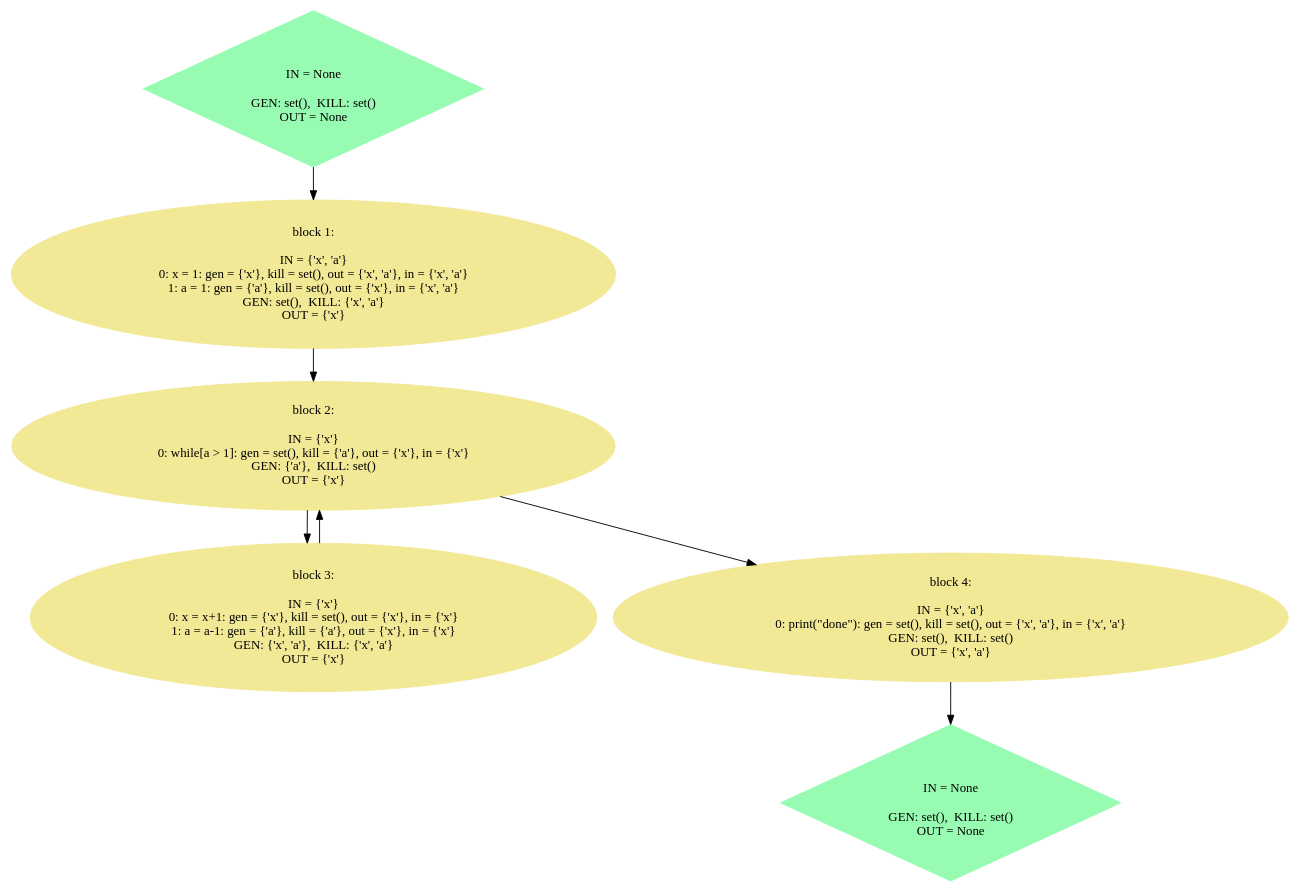
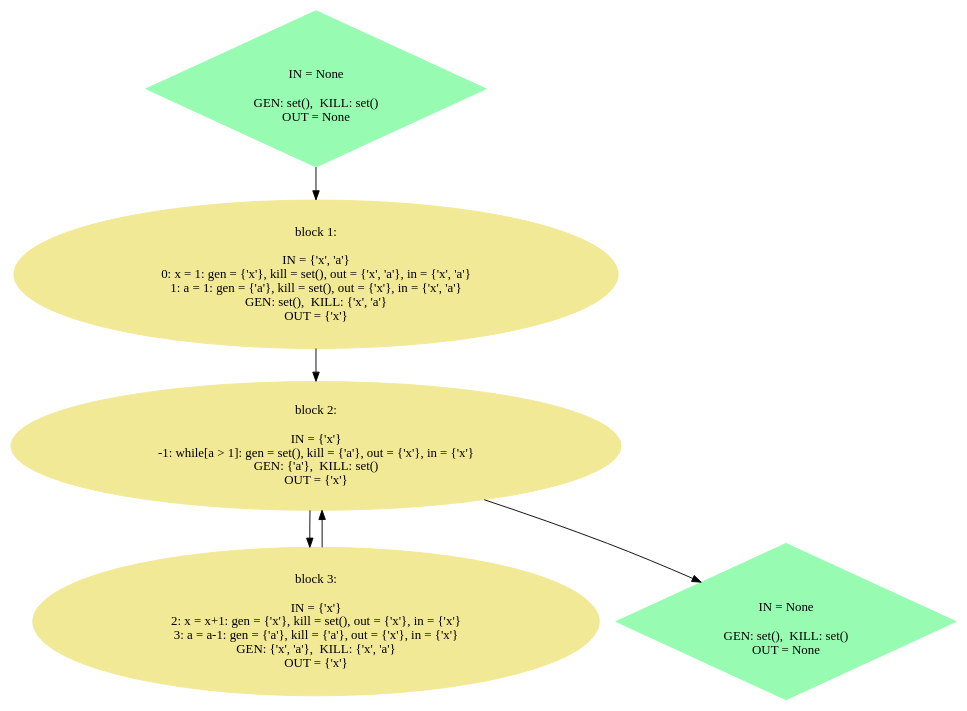
One commit to joelsunny/program-analysis changed the diagram in faintvariable/temp/live_test.gv. Above: the diagram before and after it, drawn with Graphviz. The commit also changed 22 other files, not shown here.

```diff
--- a/faintvariable/temp/live_test.gv
+++ b/faintvariable/temp/live_test.gv
@@ -1,53 +1,45 @@
 // CFG
 digraph {
 	node [color="#97fcb2" shape=diamond style=filled]
 	0 [label="
 IN = None
 
 GEN: set(),  KILL: set() 
 OUT = None"]
 	node [color="#f2e996" shape=ellipse style=filled]
 	1 [label="block 1:
 
 IN = {'x', 'a'}
 0: x = 1: gen = {'x'}, kill = set(), out = {'x', 'a'}, in = {'x', 'a'} 
 1: a = 1: gen = {'a'}, kill = set(), out = {'x'}, in = {'x', 'a'} 
 GEN: set(),  KILL: {'x', 'a'} 
 OUT = {'x'}"]
 	node [color="#f2e996" shape=ellipse style=filled]
 	2 [label="block 2:
 
 IN = {'x'}
-0: while[a > 1]: gen = set(), kill = {'a'}, out = {'x'}, in = {'x'} 
+-1: while[a > 1]: gen = set(), kill = {'a'}, out = {'x'}, in = {'x'} 
 GEN: {'a'},  KILL: set() 
 OUT = {'x'}"]
 	node [color="#f2e996" shape=ellipse style=filled]
 	3 [label="block 3:
 
 IN = {'x'}
-0: x = x+1: gen = {'x'}, kill = set(), out = {'x'}, in = {'x'} 
-1: a = a-1: gen = {'a'}, kill = {'a'}, out = {'x'}, in = {'x'} 
+2: x = x+1: gen = {'x'}, kill = set(), out = {'x'}, in = {'x'} 
+3: a = a-1: gen = {'a'}, kill = {'a'}, out = {'x'}, in = {'x'} 
 GEN: {'x', 'a'},  KILL: {'x', 'a'} 
 OUT = {'x'}"]
 	node [color="#f2e996" shape=ellipse style=filled]
-	4 [label="block 4:
-
-IN = {'x', 'a'}
-0: print(\"done\"): gen = set(), kill = set(), out = {'x', 'a'}, in = {'x', 'a'} 
-GEN: set(),  KILL: set() 
-OUT = {'x', 'a'}"]
-	node [color="#f2e996" shape=ellipse style=filled]
 	node [color="#97fcb2" shape=diamond style=filled]
-	5 [label="
+	4 [label="
 IN = None
 
 GEN: set(),  KILL: set() 
 OUT = None"]
 	node [color="#f2e996" shape=ellipse style=filled]
 	0 -> 1
 	1 -> 2
 	2 -> 3
 	2 -> 4
 	3 -> 2
-	4 -> 5
 }
```
